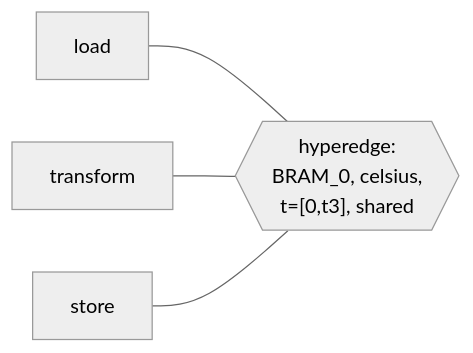
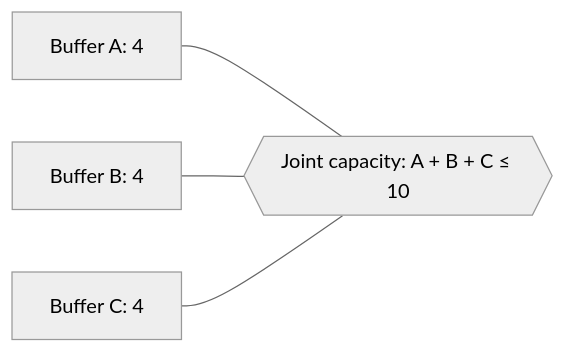
The first of 2 diagrams in hugo/content/blog/a-triangle-without-mystery.md (FidelityFramework/clef-lang-site), drawn with Mermaid (neutral theme) before and after one commit. The commit also changed other lines of this file and 36 other files, not shown here.

````diff
--- a/hugo/content/blog/a-triangle-without-mystery.md
+++ b/hugo/content/blog/a-triangle-without-mystery.md
@@ -141,6 +124,6 @@
 ```mermaid
 graph LR
-    L["load"] --- H{{"hyperedge:<br>BRAM_0, celsius,<br>t=[0,t3], shared"}}
-    T["transform"] --- H
-    S["store"] --- H
+    A["Buffer A: 4"] --- H{{"Joint capacity: A + B + C ≤ 10"}}
+    B["Buffer B: 4"] --- H
+    C["Buffer C: 4"] --- H
 ```
````
